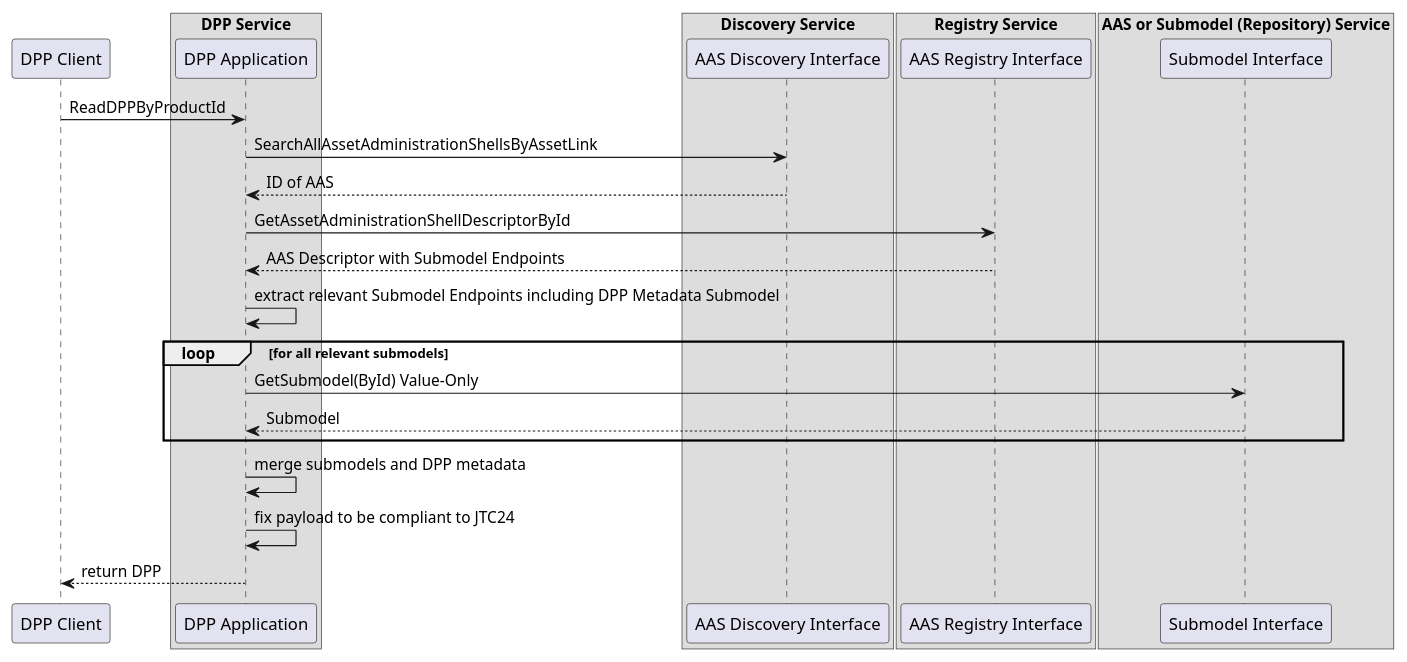
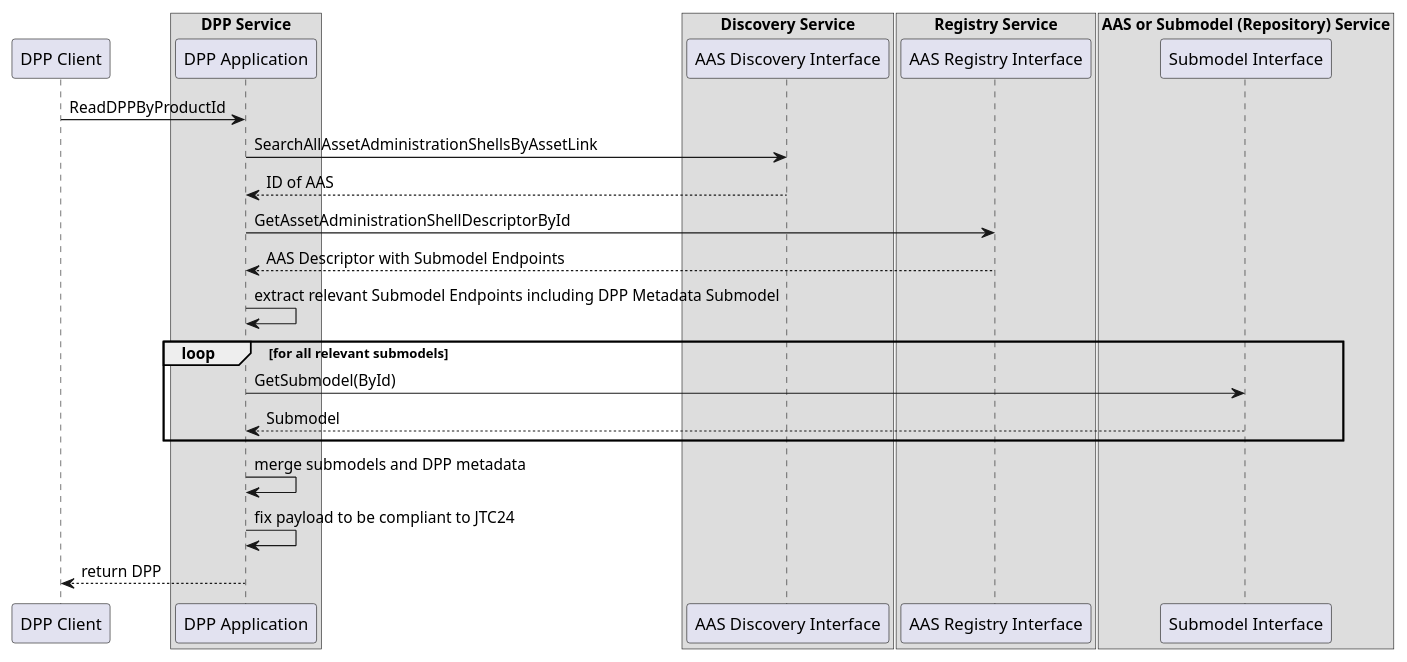
Before and after one commit to admin-shell-io/aas-specs-metamodel: the diagram in documentation/IDTA-01001/modules/ROOT/partials/diagrams/Seq_AAS_DPP.puml, drawn with PlantUML.

Commit message:
Figure 3 DPP: remove ValueOnly, holds for bot compressed and expanded

```diff
--- a/documentation/IDTA-01001/modules/ROOT/partials/diagrams/Seq_AAS_DPP.puml
+++ b/documentation/IDTA-01001/modules/ROOT/partials/diagrams/Seq_AAS_DPP.puml
@@ -1,43 +1,43 @@
 @startuml
 
 participant DPPClient as "DPP Client"
 
 box DPP Service
 participant Client as "DPP Application"
 end box
 
 
 box Discovery Service
   participant AASDiscovery as "AAS Discovery Interface"
 end box
 
 box Registry Service
    participant AASRegistry as "AAS Registry Interface"
 end box
 
 box AAS or Submodel (Repository) Service
   participant iSM as "Submodel Interface"
 end box
 
 DPPClient -> Client:  ReadDPPByProductId
 
 Client -> AASDiscovery: SearchAllAssetAdministrationShellsByAssetLink
 Client <-- AASDiscovery: ID of AAS 
 
 Client -> AASRegistry:  GetAssetAdministrationShellDescriptorById
 Client <-- AASRegistry:  AAS Descriptor with Submodel Endpoints
 Client -> Client:  extract relevant Submodel Endpoints including DPP Metadata Submodel
 
 loop for all relevant submodels
-Client -> iSM:  GetSubmodel(ById) Value-Only
+Client -> iSM:  GetSubmodel(ById) 
 Client <-- iSM:  Submodel 
 end
 
 
 
 
 Client -> Client:  merge submodels and DPP metadata
 Client -> Client:  fix payload to be compliant to JTC24
 DPPClient <-- Client:  return DPP
 
 @enduml
```
